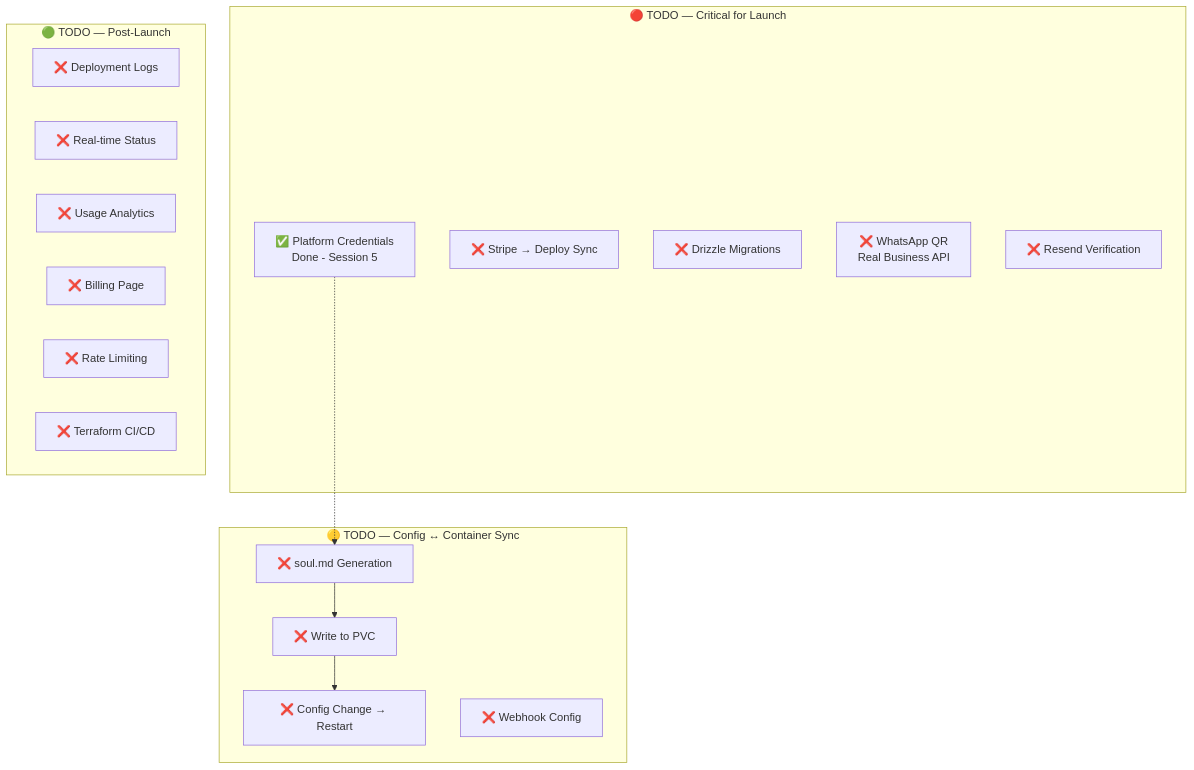
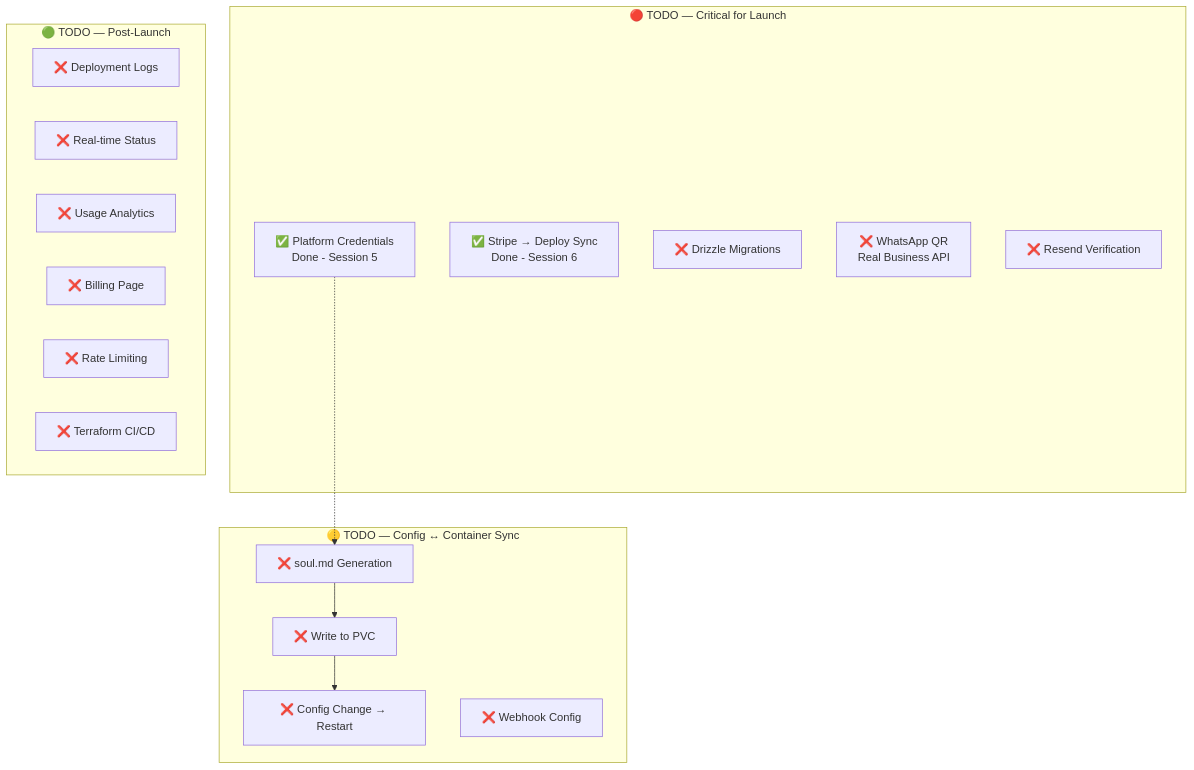
One commit to Bretthb/jarble changed diagram 13 of 15 in OVERVIEW.md. Above: the diagram before and after it, drawn with Mermaid. The commit also changed other lines of this file and 8 other files, not shown here.

First line of the commit message:
Add Stripe subscription-to-deployment sync and Export Config button

````diff
--- a/OVERVIEW.md
+++ b/OVERVIEW.md
@@ -852,29 +857,29 @@
 ```mermaid
 flowchart TB
     subgraph TODO_CRITICAL["🔴 TODO — Critical for Launch"]
         PLATCREDS["✅ Platform Credentials\nDone - Session 5"]
-        STRIPESYNC["❌ Stripe → Deploy Sync"]
+        STRIPESYNC["✅ Stripe → Deploy Sync\nDone - Session 6"]
         MIGRATIONS["❌ Drizzle Migrations"]
         WHATSAPP["❌ WhatsApp QR\nReal Business API"]
         EMAILRESEND["❌ Resend Verification"]
     end
 
     subgraph TODO_SYNC["🟡 TODO — Config ↔ Container Sync"]
         SOULMD["❌ soul.md Generation"]
         PVCWRITE["❌ Write to PVC"]
         CONFIGSYNC["❌ Config Change → Restart"]
         WEBHOOKURL["❌ Webhook Config"]
     end
 
     subgraph TODO_POST["🟢 TODO — Post-Launch"]
         LOGS["❌ Deployment Logs"]
         REALTIME["❌ Real-time Status"]
         ANALYTICS["❌ Usage Analytics"]
         BILLING["❌ Billing Page"]
         RATELIMIT["❌ Rate Limiting"]
         TFCICD["❌ Terraform CI/CD"]
     end
 
     SOULMD --> PVCWRITE --> CONFIGSYNC
     PLATCREDS -.-> SOULMD
 ```
````
